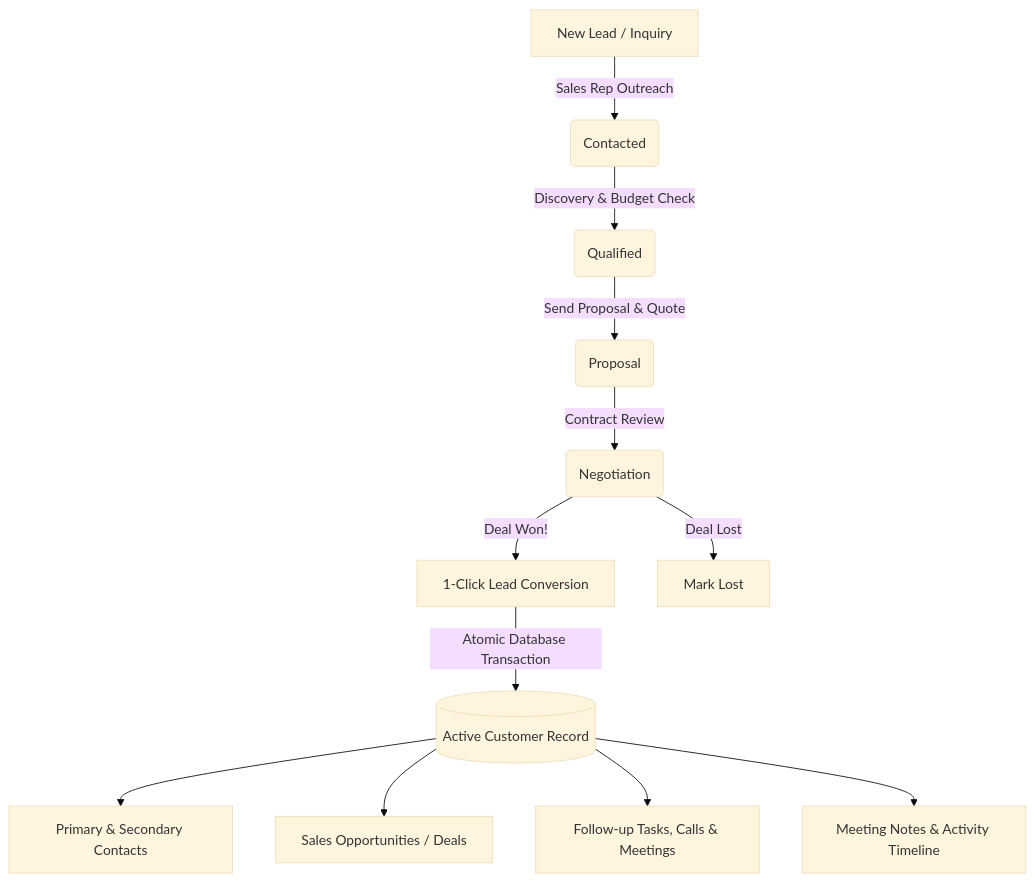
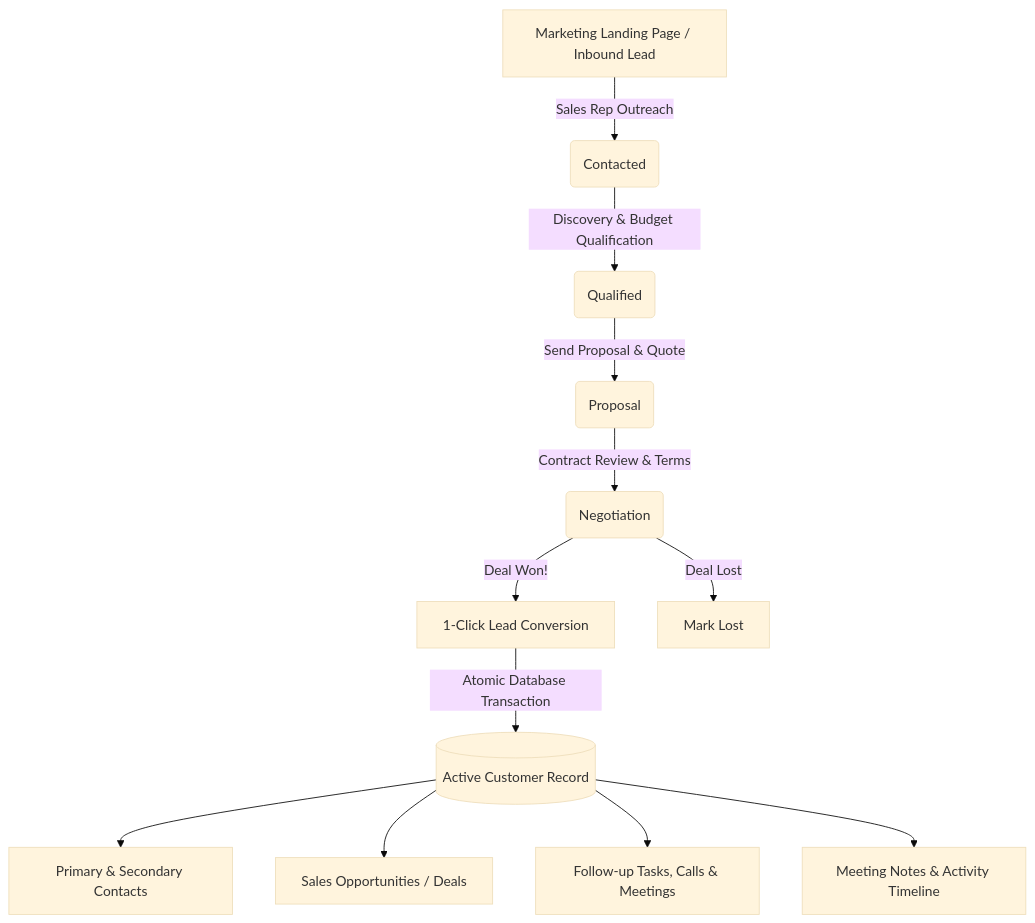
The diagram in USER_GUIDE.md (shivpatel5405/CRM), drawn with Mermaid (base theme) before and after one commit. The commit also changed other lines of this file and 16 other files, not shown here.

````diff
--- a/USER_GUIDE.md
+++ b/USER_GUIDE.md
@@ -29,14 +32,14 @@
 ```mermaid
 graph TD
-    A[New Lead / Inquiry] -->|Sales Rep Outreach| B(Contacted)
-    B -->|Discovery & Budget Check| C(Qualified)
+    A[Marketing Landing Page / Inbound Lead] -->|Sales Rep Outreach| B(Contacted)
+    B -->|Discovery & Budget Qualification| C(Qualified)
     C -->|Send Proposal & Quote| D(Proposal)
-    D -->|Contract Review| E(Negotiation)
+    D -->|Contract Review & Terms| E(Negotiation)
     E -->|Deal Won!| F[1-Click Lead Conversion]
     E -->|Deal Lost| L[Mark Lost]
     F -->|Atomic Database Transaction| G[(Active Customer Record)]
     G --> H[Primary & Secondary Contacts]
     G --> I[Sales Opportunities / Deals]
     G --> J[Follow-up Tasks, Calls & Meetings]
     G --> K[Meeting Notes & Activity Timeline]
 ```
````
